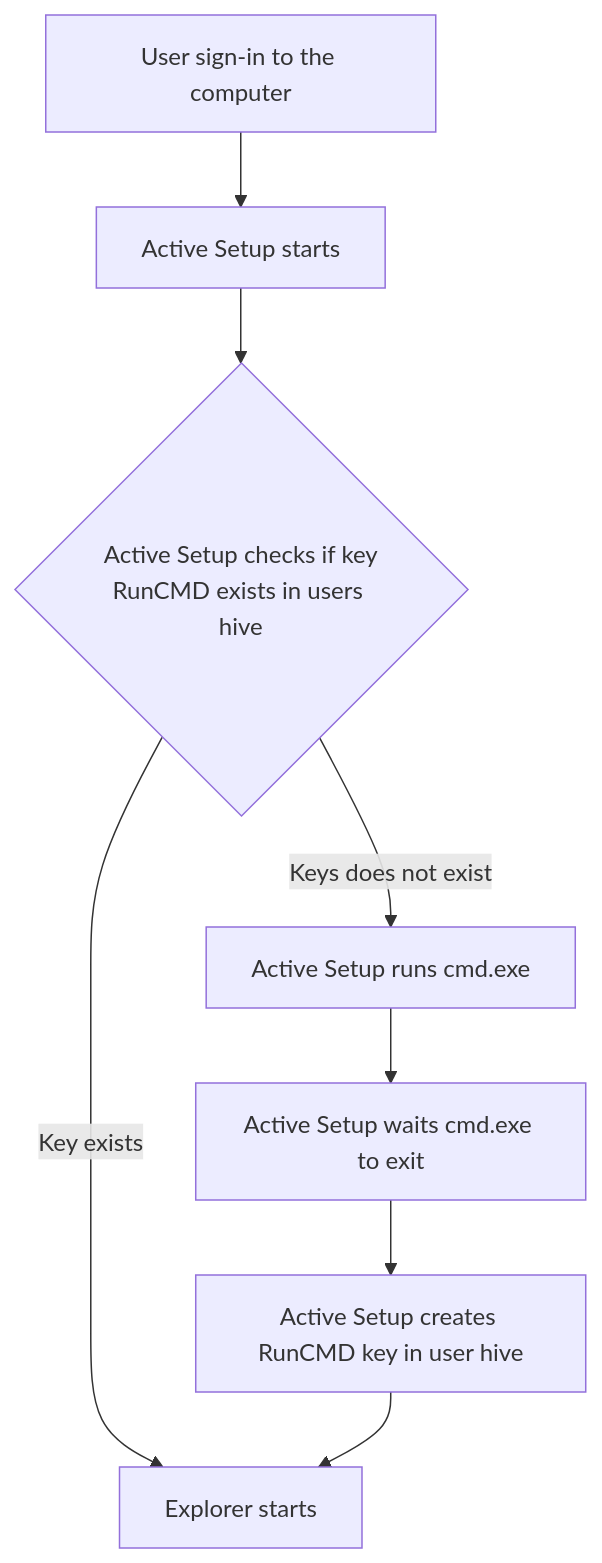
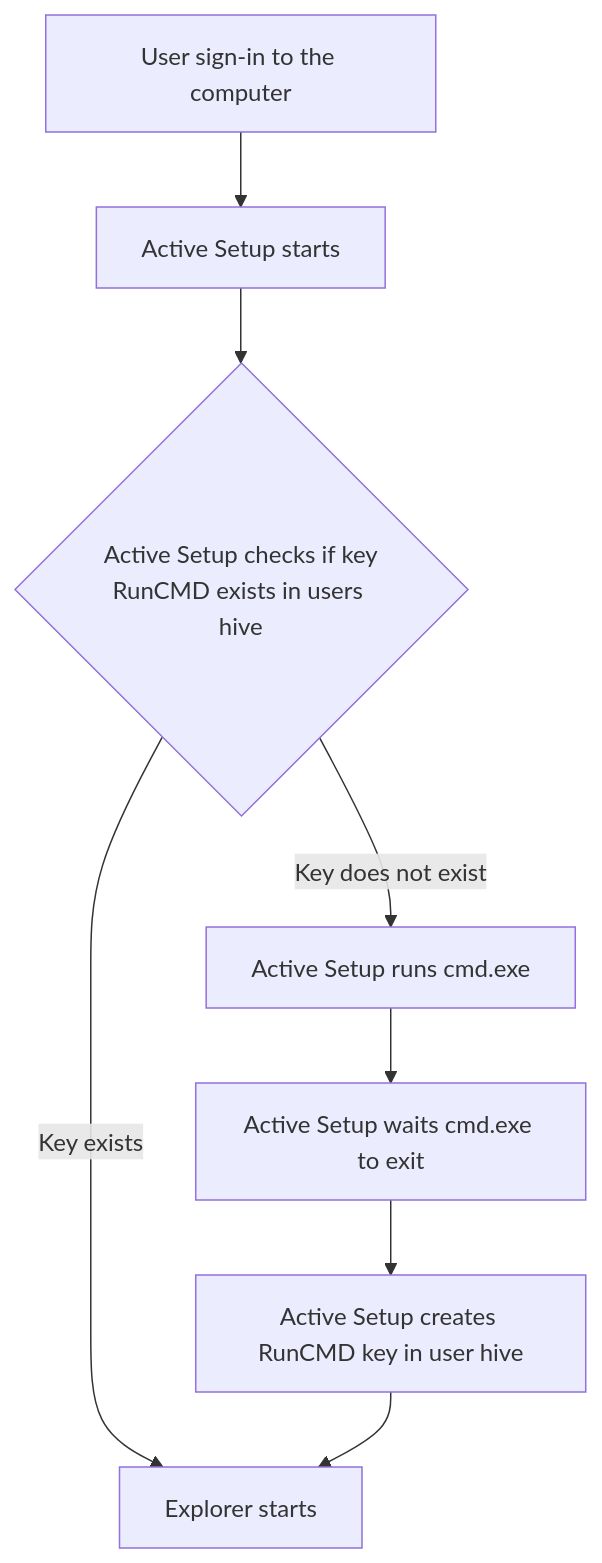
Before and after one commit to letsdoautomation/windows-registry: the first of 2 diagrams in Active Setup/readme.md, drawn with Mermaid.

````diff
--- a/Active Setup/readme.md
+++ b/Active Setup/readme.md
@@ -20,10 +20,10 @@
 ```mermaid
 flowchart TD
     a["User sign-in to the computer"] --> b["Active Setup starts"]
     b --> c{"Active Setup checks if key<br />RunCMD exists in users hive"}
     c --> |Key exists| d
-    c --> |Keys does not exist| e["Active Setup runs cmd.exe"]
+    c --> |Key does not exist| e["Active Setup runs cmd.exe"]
     e --> g["Active Setup waits cmd.exe to exit"]
     g --> z["Active Setup creates RunCMD key in user hive"]
     z --> d["Explorer starts"]
 ```
````
